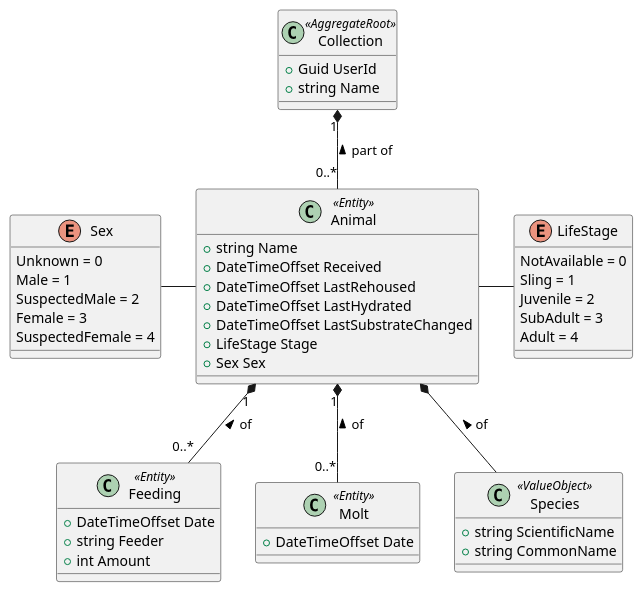
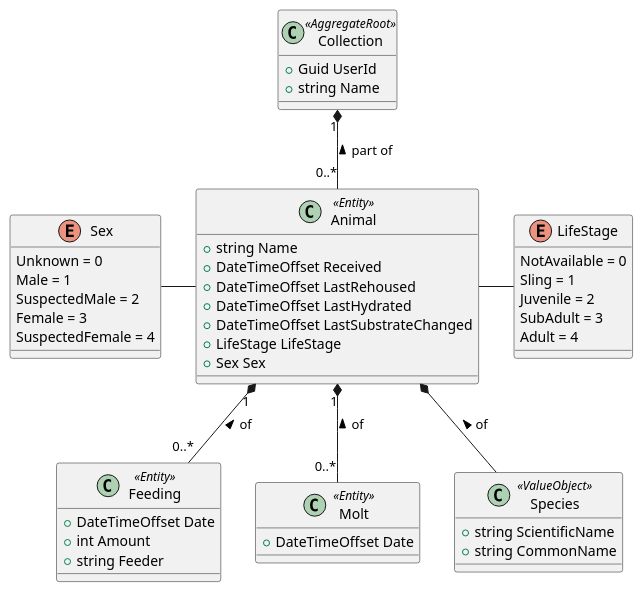
The diagram in docs/domain_model.puml (swiftybathero/EightCare), drawn with PlantUML before and after one commit. The commit also changed 6 other files, not shown here.

```diff
--- a/docs/domain_model.puml
+++ b/docs/domain_model.puml
@@ -1,59 +1,59 @@
 @startuml Domain Model
 
 ' Class definitions
 class Collection << AggregateRoot >> {
   + Guid UserId
   + string Name
 }
 
 class Animal << Entity >> {
   + string Name
   + DateTimeOffset Received
   + DateTimeOffset LastRehoused
   + DateTimeOffset LastHydrated
   + DateTimeOffset LastSubstrateChanged
-  + LifeStage Stage
+  + LifeStage LifeStage
   + Sex Sex
 }
 
 class Feeding << Entity >> {
   + DateTimeOffset Date
+  + int Amount
   + string Feeder
-  + int Amount
 }
 
 class Molt << Entity >> {
   + DateTimeOffset Date
 }
 
 class Species << ValueObject >> {
   + string ScientificName
   + string CommonName
 }
 
 ' Enums
 enum LifeStage {
   NotAvailable = 0
   Sling = 1
   Juvenile = 2
   SubAdult = 3
   Adult = 4
 }
 
 enum Sex {
   Unknown = 0
   Male = 1
   SuspectedMale = 2
   Female = 3
   SuspectedFemale = 4
 }
 
 ' Relations
 Collection "1" *-- "0..*" Animal : part of <
 Animal "1" *-- "0..*" Feeding : of <
 Animal "1" *-- "0..*" Molt : of <
 Animal *-- Species : of <
 Animal -right- LifeStage
 Animal -left- Sex
 
 @enduml
```
